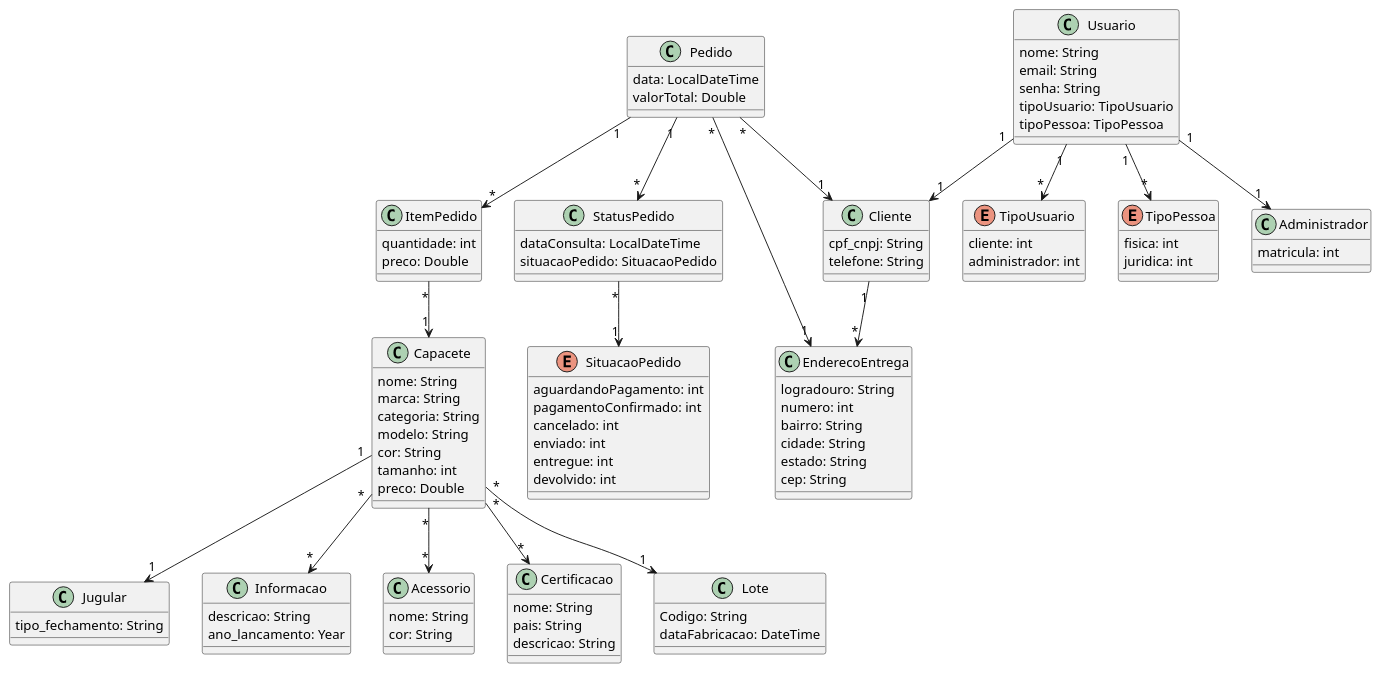
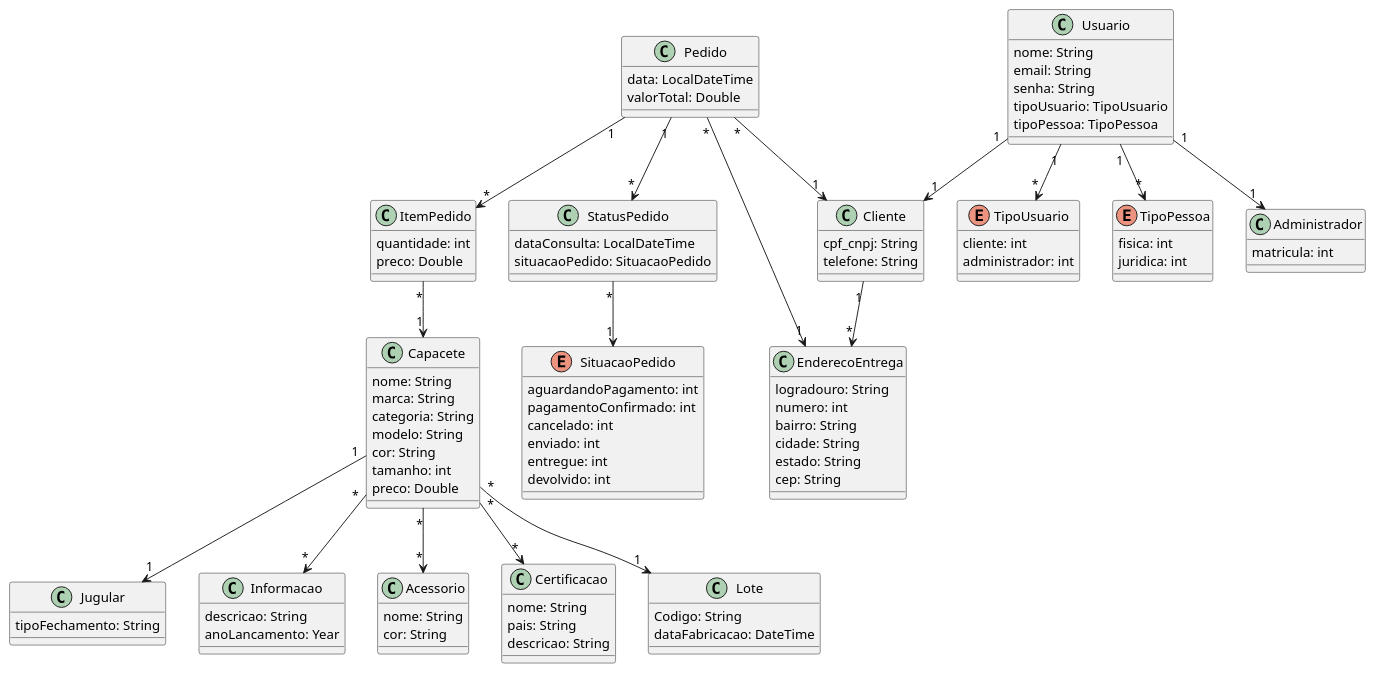
One commit to Gilsiandry/tp1_ecommerce_capacete changed the diagram in src/main/java/br/unitins/tp1/diagrama_classe_t1.plantuml. Above: the diagram before and after it, drawn with PlantUML. The commit also changed 6 other files, not shown here.

```diff
--- a/src/main/java/br/unitins/tp1/diagrama_classe_t1.plantuml
+++ b/src/main/java/br/unitins/tp1/diagrama_classe_t1.plantuml
@@ -1,127 +1,127 @@
 @startuml
 
 class Capacete {
     nome: String
     marca: String
     categoria: String
     modelo: String
     cor: String
     tamanho: int
     preco: Double
 }
 
 class Jugular {
-    tipo_fechamento: String
+    tipoFechamento: String
     
 }
 
 class Informacao {
     descricao: String
-    ano_lancamento: Year
+    anoLancamento: Year
 }
 
 class Acessorio {
     nome: String
     cor: String
 }
 
 class Certificacao {
     nome: String
     pais: String
     descricao: String
 }
 
 class Lote {
     Codigo: String
     dataFabricacao: DateTime
 }
 
 
 
 class Usuario {
     nome: String
     email: String
     senha: String
     tipoUsuario: TipoUsuario
     tipoPessoa: TipoPessoa
 }
 
 enum TipoUsuario {
     cliente: int
     administrador: int
 }
 
 enum TipoPessoa {
     fisica: int
     juridica: int
 }
 
 class Administrador {
     matricula: int
 }
 
 class Cliente {
     cpf_cnpj: String
     telefone: String
 }
 
 
 class EnderecoEntrega {
     logradouro: String
     numero: int
     bairro: String
     cidade: String
     estado: String
     cep: String
 }
 
 
 class Pedido {
     data: LocalDateTime
     valorTotal: Double
 }
 
 class StatusPedido {
     dataConsulta: LocalDateTime
     situacaoPedido: SituacaoPedido
 }
 
 enum SituacaoPedido {
     aguardandoPagamento: int
     pagamentoConfirmado: int
     cancelado: int
     enviado: int
     entregue: int
     devolvido: int
 }
 
 class ItemPedido {
     quantidade: int
     preco: Double
 }
 
 
 'relacionamento
 
 Capacete "*" --> "*"Certificacao
 Capacete "*" --> "*" Acessorio
 Capacete "*" --> "*" Informacao
 Capacete "*" --> "1" Lote
 Capacete "1" --> "1" Jugular
 
 
 Usuario "1" --> "*" TipoUsuario
 Usuario "1" --> "*" TipoPessoa
 Usuario "1" --> "1" Cliente
 Usuario "1" --> "1" Administrador
 Cliente "1" --> "*" EnderecoEntrega
 
 
 Pedido "*" --> "1" Cliente
 Pedido "1" --> "*" StatusPedido
 Pedido "1" --> "*" ItemPedido
 Pedido "*" --> "1" EnderecoEntrega
 StatusPedido "*" --> "1" SituacaoPedido
 ItemPedido "*" --> "1" Capacete
 
 @enduml
```
